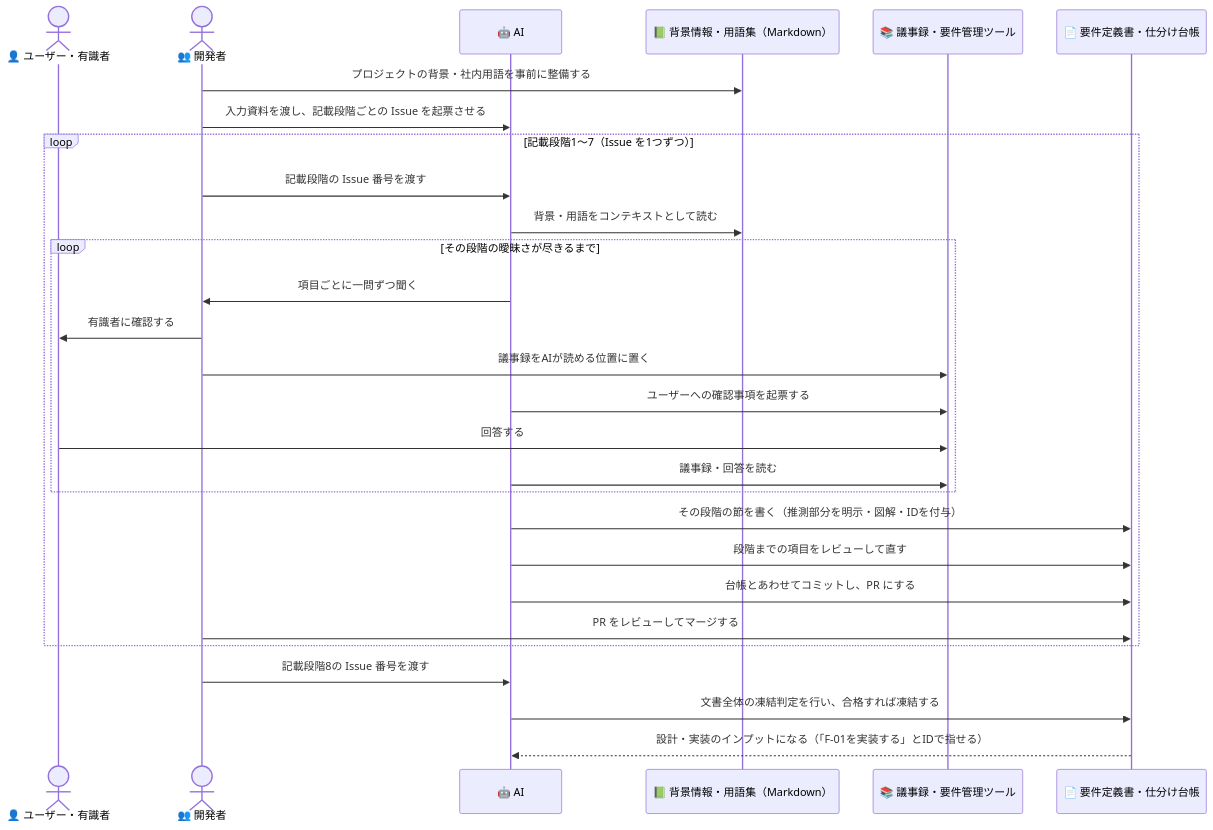
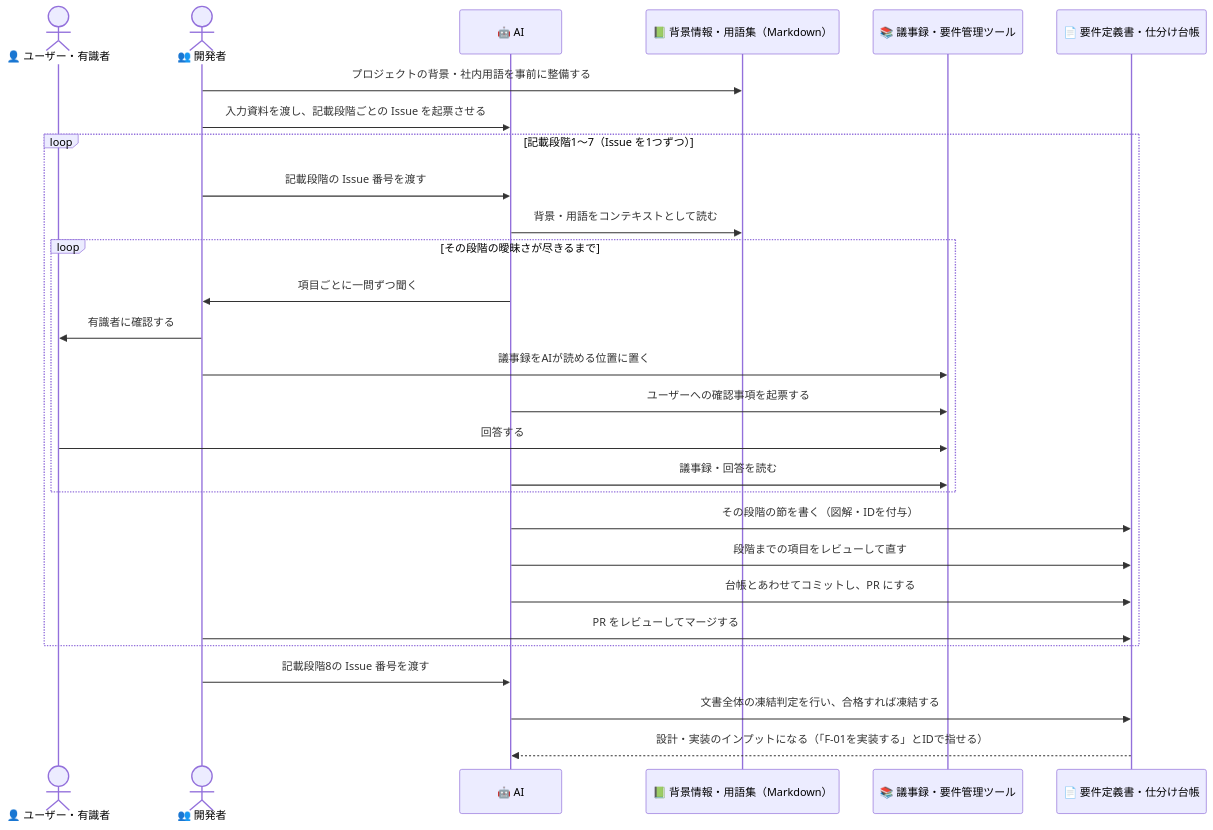
The third of 3 diagrams in docs/guide/ai-requirement-guide.md (kasiopeiya/claude-dev-template), drawn with Mermaid before and after one commit. The commit also changed other lines of this file and 1 other file, not shown here.

````diff
--- a/docs/guide/ai-requirement-guide.md
+++ b/docs/guide/ai-requirement-guide.md
@@ -142,33 +143,33 @@
 ```mermaid
 sequenceDiagram
     actor U as 👤 ユーザー・有識者
     actor D as 👥 開発者
     participant AI as 🤖 AI
     participant B as 📗 背景情報・用語集（Markdown）
     participant K as 📚 議事録・要件管理ツール
     participant R as 📄 要件定義書・仕分け台帳
 
     D->>B: プロジェクトの背景・社内用語を事前に整備する
     D->>AI: 入力資料を渡し、記載段階ごとの Issue を起票させる
 
     loop 記載段階1〜7（Issue を1つずつ）
         D->>AI: 記載段階の Issue 番号を渡す
         AI->>B: 背景・用語をコンテキストとして読む
         loop その段階の曖昧さが尽きるまで
             AI->>D: 項目ごとに一問ずつ聞く
             D->>U: 有識者に確認する
             D->>K: 議事録をAIが読める位置に置く
             AI->>K: ユーザーへの確認事項を起票する
             U->>K: 回答する
             AI->>K: 議事録・回答を読む
         end
-        AI->>R: その段階の節を書く（推測部分を明示・図解・IDを付与）
+        AI->>R: その段階の節を書く（図解・IDを付与）
         AI->>R: 段階までの項目をレビューして直す
         AI->>R: 台帳とあわせてコミットし、PR にする
         D->>R: PR をレビューしてマージする
     end
 
     D->>AI: 記載段階8の Issue 番号を渡す
     AI->>R: 文書全体の凍結判定を行い、合格すれば凍結する
     R-->>AI: 設計・実装のインプットになる（「F-01を実装する」とIDで指せる）
 ```
````
